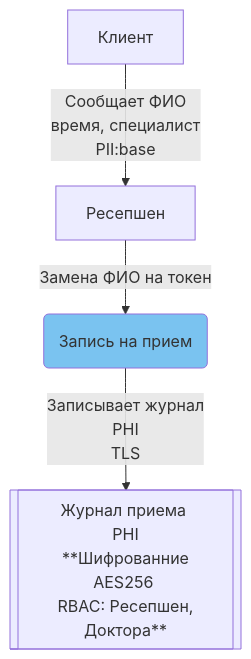
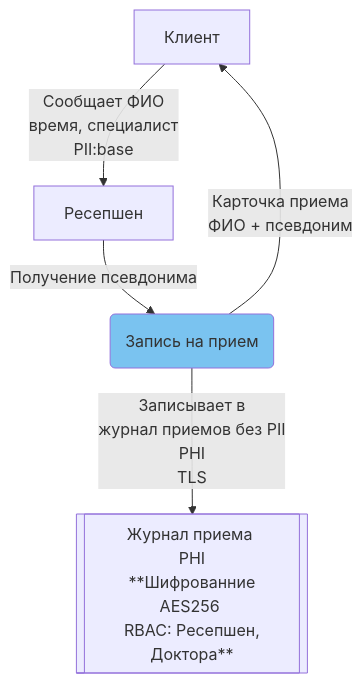
One commit to Rzr18/architecture-medikamente changed the second of 5 diagrams in Task1/T1_Solution.md. Above: the diagram before and after it, drawn with Mermaid. The commit also changed other lines of this file and 6 other files, not shown here.

````diff
--- a/Task1/T1_Solution.md
+++ b/Task1/T1_Solution.md
@@ -33,18 +33,19 @@
 ```mermaid
 flowchart TD    
     client[Клиент]
     resep[Ресепшен]
 
     pr(Запись на прием)
     
     DP[[Журнал приема <br> PHI <br> **Шифрованние AES256 <br> RBAC: Ресепшен, Доктора** ]]
     
     client -->|"Сообщает ФИО <br> время, специалист <br> PII:base"| resep 
-    resep -->|Замена ФИО на токен| pr
-    pr -->|Записывает журнал <br> PHI <br> TLS| DP
+    resep -->|Получение псевдонима| pr
+    pr -->|Карточка приема <br> ФИО + псевдоним| client
+    pr -->|Записывает в <br> журнал приемов без PII <br> PHI <br> TLS| DP
     
     classDef process fill:#7ac3f0
     classDef data fill:#eee3e0
     class D1,D2,D3 data
     class pr process
 ```
````
